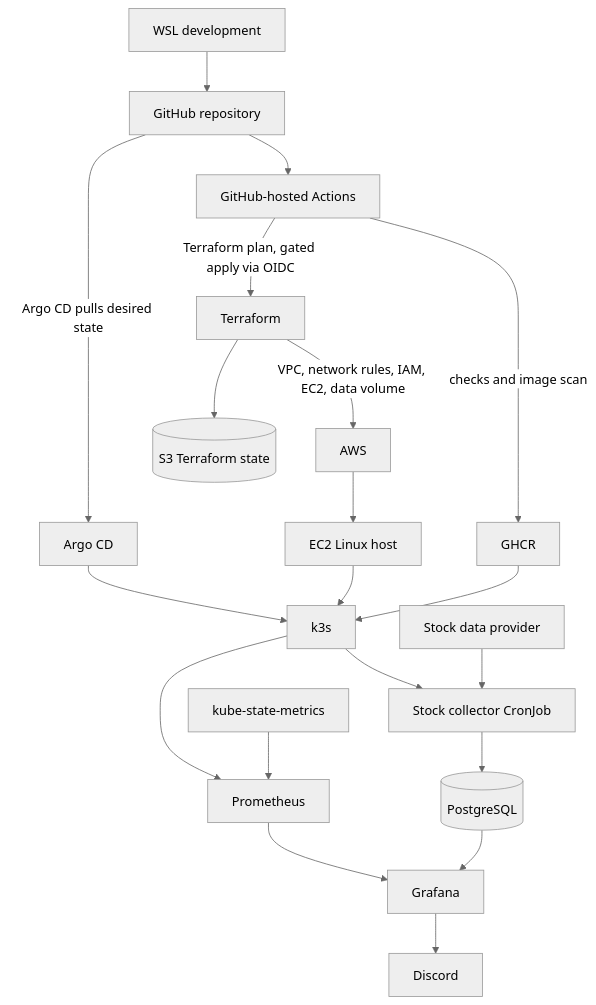
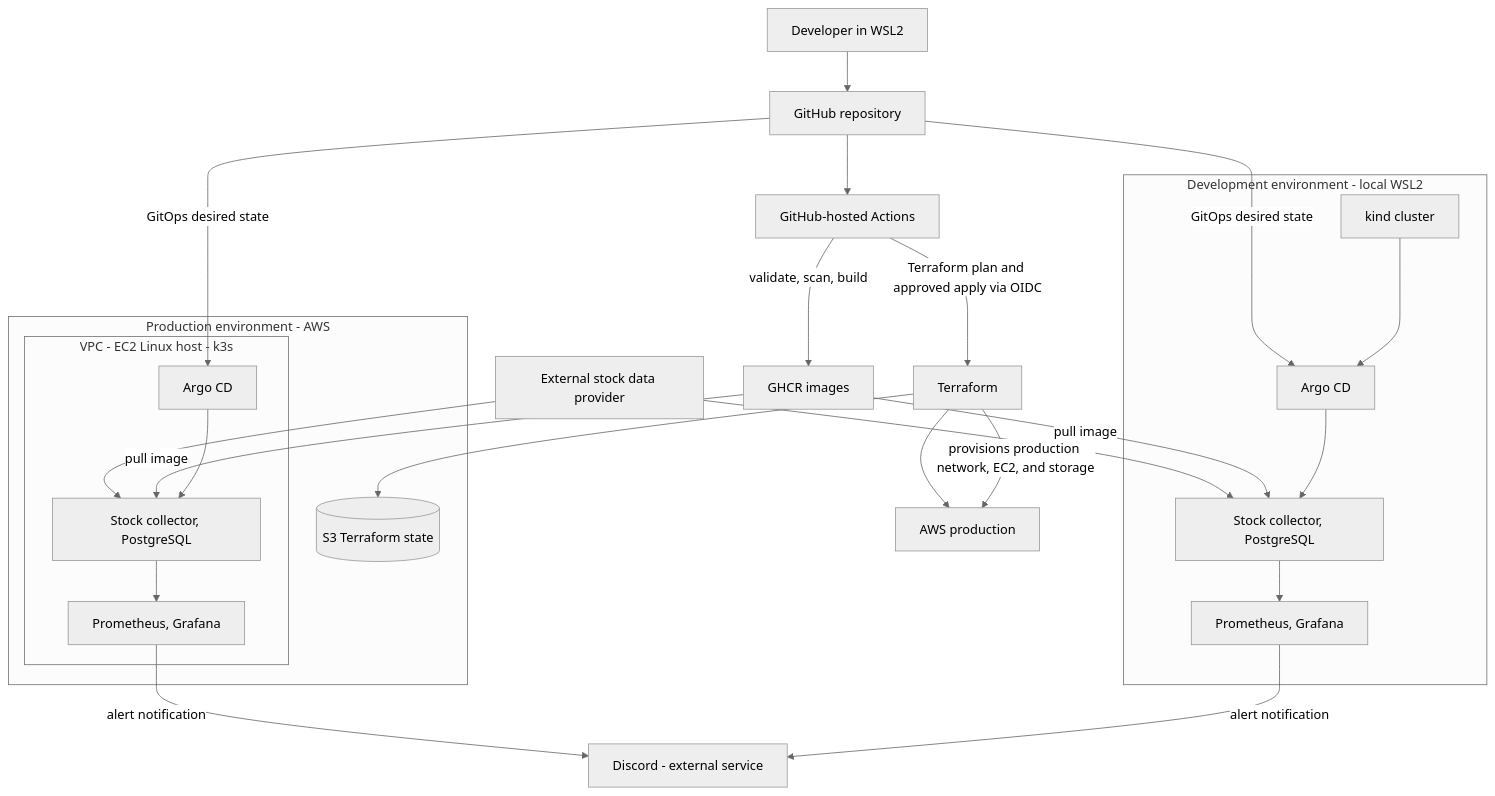
One commit to dandapss/DevOps_Event_Intelligence_Platform changed the diagram in README.md. Above: the diagram before and after it, drawn with Mermaid (neutral theme). The commit also changed other lines of this file, not shown here.

```diff
--- a/README.md
+++ b/README.md
@@ -15,22 +15,41 @@
 ~~~mermaid
 flowchart TB
-  Dev[WSL development] --> Git[GitHub repository]
+  Dev[Developer in WSL2] --> Git[GitHub repository]
   Git --> Runner[GitHub-hosted Actions]
-  Runner -->|checks and image scan| GHCR[GHCR]
-  Runner -->|Terraform plan, gated apply via OIDC| TF[Terraform]
-  TF -->|VPC, network rules, IAM, EC2, data volume| AWS[AWS]
-  TF --> State[(S3 Terraform state)]
-  AWS --> Host[EC2 Linux host]
-  Host --> K3s[k3s]
-  Git -->|Argo CD pulls desired state| Argo[Argo CD]
-  Argo --> K3s
-  GHCR --> K3s
-  API[Stock data provider] --> Job[Stock collector CronJob]
-  K3s --> Job
-  Job --> DB[(PostgreSQL)]
-  KSM[kube-state-metrics] --> Prom[Prometheus]
-  K3s --> Prom
-  DB --> Grafana[Grafana]
-  Prom --> Grafana
-  Grafana --> Discord[Discord]
+  Runner -->|validate, scan, build| GHCR[GHCR images]
+  Runner -->|Terraform plan and approved apply via OIDC| TF[Terraform]
+  TF -->|provisions production network, EC2, and storage| AWS[AWS production]
+
+  subgraph LOCAL["Development environment - local WSL2"]
+    Kind[kind cluster]
+    DArgo[Argo CD]
+    DApps[Stock collector, PostgreSQL]
+    DObs[Prometheus, Grafana]
+    Kind --> DArgo
+    DArgo --> DApps
+    DApps --> DObs
+  end
+
+  subgraph PROD["Production environment - AWS"]
+    subgraph EC2K3S["VPC - EC2 Linux host - k3s"]
+      PArgo[Argo CD]
+      PApps[Stock collector, PostgreSQL]
+      PObs[Prometheus, Grafana]
+      PArgo --> PApps
+      PApps --> PObs
+    end
+    State[(S3 Terraform state)]
+  end
+
+  TF --> AWS
+  TF --> State
+  Git -->|GitOps desired state| DArgo
+  Git -->|GitOps desired state| PArgo
+  GHCR -->|pull image| DApps
+  GHCR -->|pull image| PApps
+
+  StockAPI[External stock data provider] --> DApps
+  StockAPI --> PApps
+  DObs -->|alert notification| Discord[Discord - external service]
+  PObs -->|alert notification| Discord
 ~~~
```
